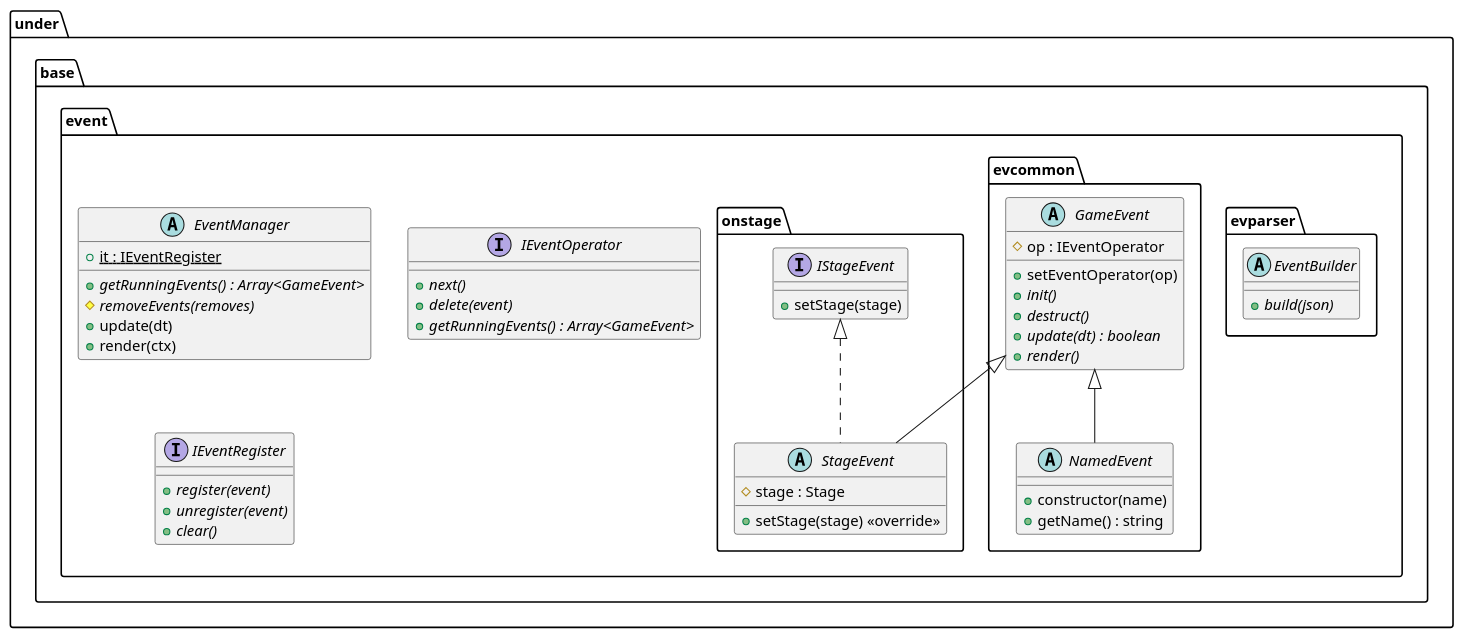
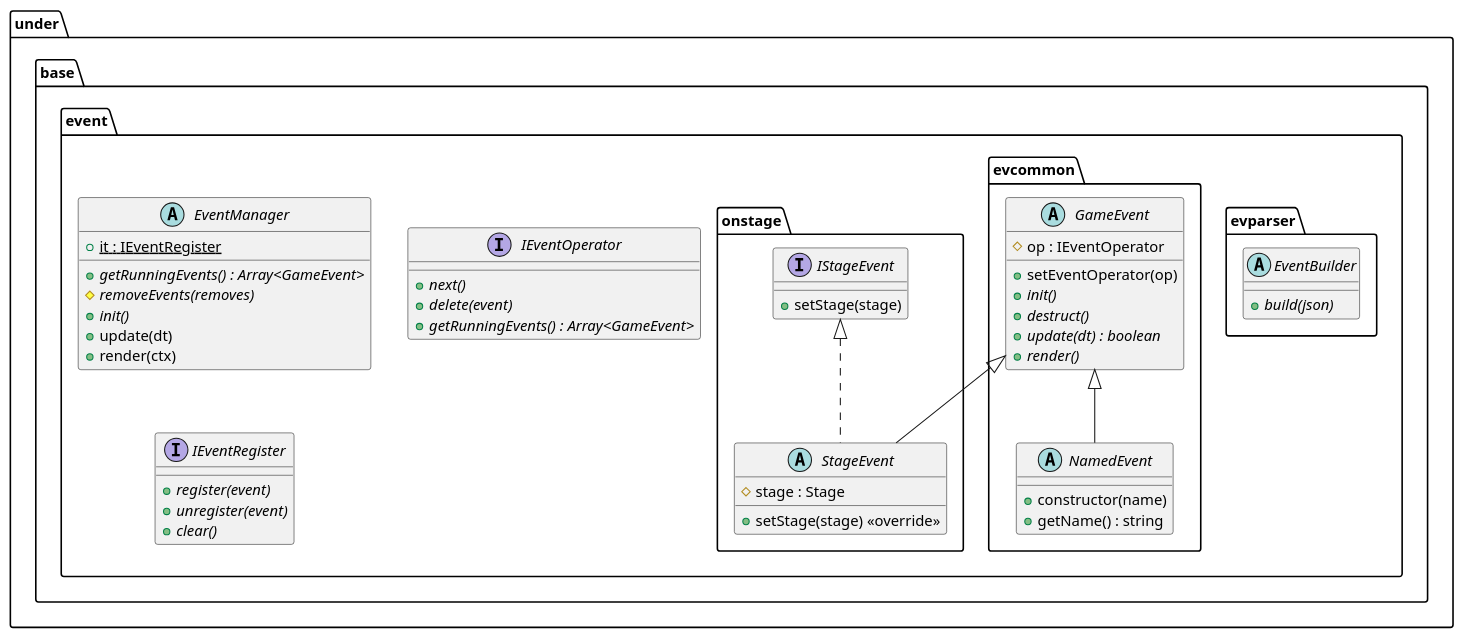
One commit to Expine/Under changed the diagram in uml/event/Base.wsd. Above: the diagram before and after it, drawn with PlantUML. The commit also changed 13 other files, not shown here.

```diff
--- a/uml/event/Base.wsd
+++ b/uml/event/Base.wsd
@@ -1,59 +1,60 @@
 @startuml EventBase
 
 package under {
     package base {
         package event {
             abstract EventManager {
                 {static} +it : IEventRegister
                 {abstract} +getRunningEvents() : Array<GameEvent>
                 {abstract} #removeEvents(removes)
+                {abstract} +init()
                 +update(dt)
                 +render(ctx)
             }
             interface IEventOperator {
                 {abstract} +next()
                 {abstract} +delete(event)
                 {abstract} +getRunningEvents() : Array<GameEvent>
             }
             interface IEventRegister {
                 {abstract} +register(event)
                 {abstract} +unregister(event)
                 {abstract} +clear()
             }
             package evparser {
                 abstract EventBuilder {
                     {abstract} +build(json)
                 }
             }
             package evcommon {
                 abstract GameEvent {
                     #op : IEventOperator
                     +setEventOperator(op)
                     {abstract} +init()
                     {abstract} +destruct()
                     {abstract} +update(dt) : boolean
                     {abstract} +render()
                 }
                 abstract NamedEvent {
                     +constructor(name)
                     +getName() : string
                 }
             }
             package onstage {
                 interface IStageEvent {
                     +setStage(stage)
                 }
                 abstract StageEvent {
                     #stage : Stage
                     +setStage(stage) <<override>>
                 }
             }
         }
     }
 }
 
 GameEvent <|-- NamedEvent
 GameEvent <|-- StageEvent
 IStageEvent <|.. StageEvent
 
 @enduml
```
